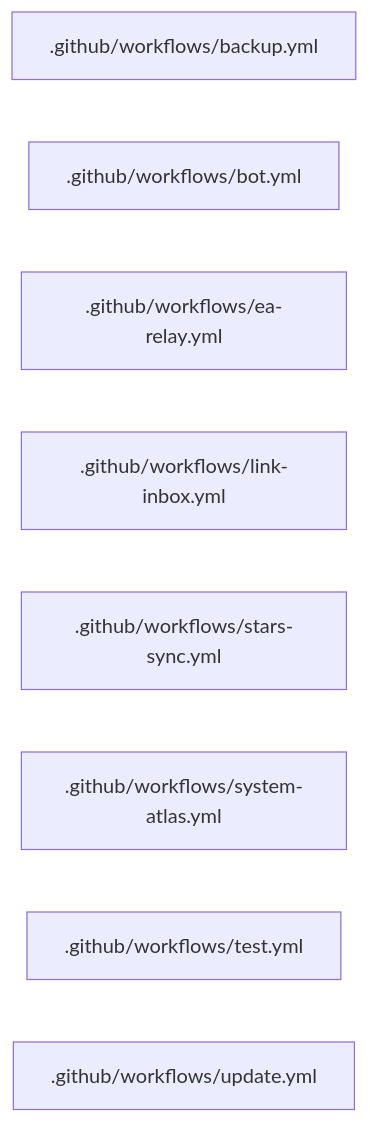
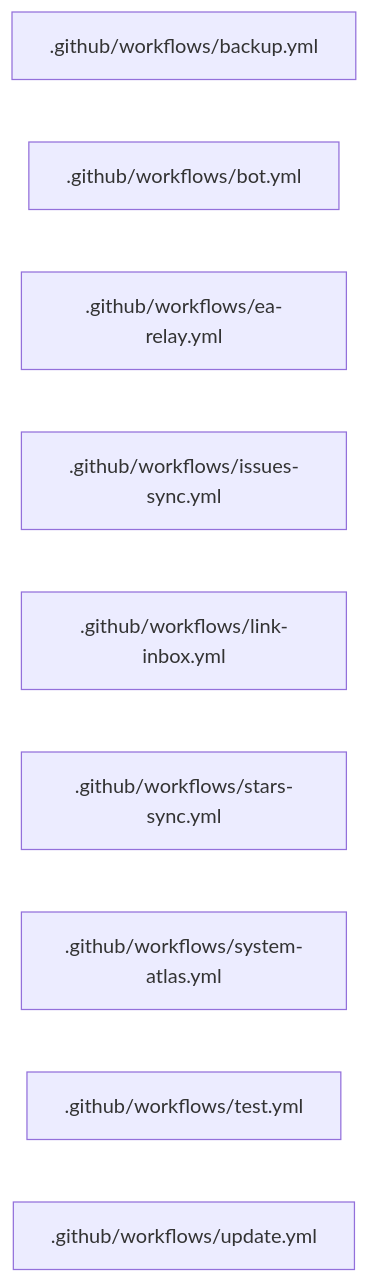
The diagram in PLANNING/system-atlas/layer-github.md (devroadtosucces15-boop/Norex-United-FC), drawn with Mermaid before and after one commit. The commit also changed 6 other files, not shown here.

Commit message:
docs: refresh living system atlas [skip ci]

````diff
--- a/PLANNING/system-atlas/layer-github.md
+++ b/PLANNING/system-atlas/layer-github.md
@@ -5,11 +5,12 @@
 ```mermaid
 flowchart LR
   n0[".github/workflows/backup.yml"]
   n1[".github/workflows/bot.yml"]
   n2[".github/workflows/ea-relay.yml"]
-  n3[".github/workflows/link-inbox.yml"]
-  n4[".github/workflows/stars-sync.yml"]
-  n5[".github/workflows/system-atlas.yml"]
-  n6[".github/workflows/test.yml"]
-  n7[".github/workflows/update.yml"]
+  n3[".github/workflows/issues-sync.yml"]
+  n4[".github/workflows/link-inbox.yml"]
+  n5[".github/workflows/stars-sync.yml"]
+  n6[".github/workflows/system-atlas.yml"]
+  n7[".github/workflows/test.yml"]
+  n8[".github/workflows/update.yml"]
 ```
````
